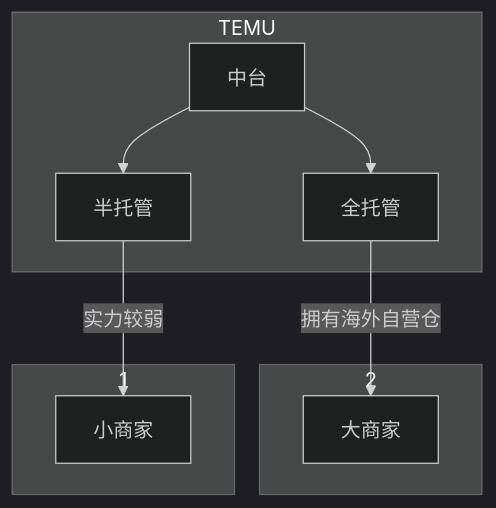
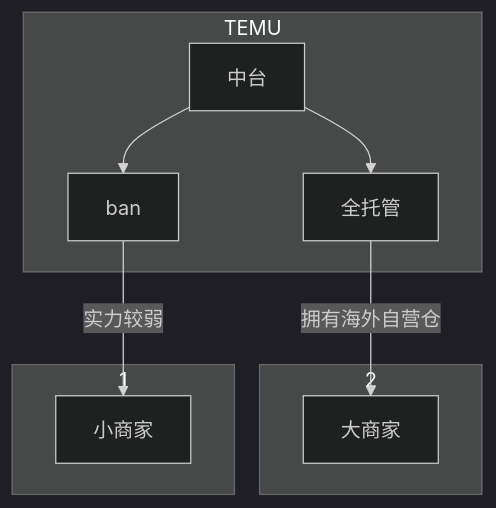
The diagram in all/TEMU链路图.md (Zora0203/iodraw-files), drawn with Mermaid (dark theme) before and after one commit.

Commit message:
2024-12-06 16:35:06 update

````diff
--- a/all/TEMU链路图.md
+++ b/all/TEMU链路图.md
@@ -1,18 +1,18 @@
 ```mermaid
 flowchart TB
 
 
     subgraph TEMU
     c1[中台]-->quan
     c1-->ban
     end
     
      subgraph 1
-   ban[半托管]--实力较弱--> a1[小商家]
+   ban--实力较弱--> a1[小商家]
     end
 
 
     subgraph 2
     quan[全托管]--拥有海外自营仓-->b1[大商家]
     end
 ```
````
